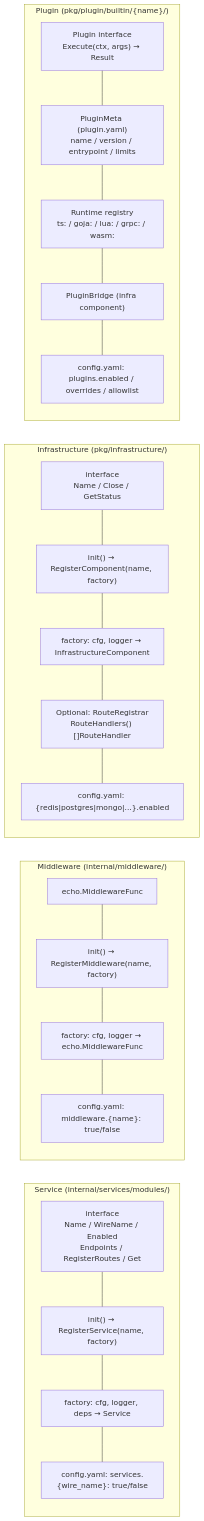
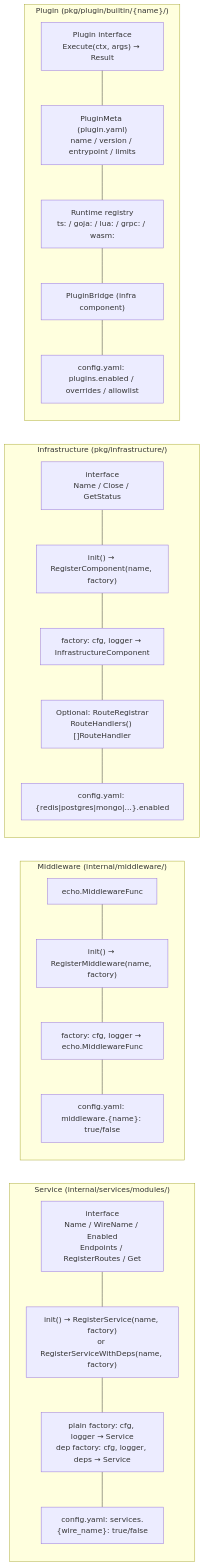
Before and after one commit to diameter-tscd/stackyrd: the third of 9 diagrams in DESIGN.md, drawn with Mermaid. The commit also changed other lines of this file and 57 other files, not shown here.

````diff
--- a/DESIGN.md
+++ b/DESIGN.md
@@ -106,37 +107,37 @@
 ```mermaid
 flowchart LR
     subgraph Service["Service (internal/services/modules/)"]
         S1["interface<br/>Name / WireName / Enabled<br/>Endpoints / RegisterRoutes / Get"]
-        S2["init() → RegisterService(name, factory)"]
-        S3["factory: cfg, logger, deps → Service"]
+        S2["init() → RegisterService(name, factory)<br/>or RegisterServiceWithDeps(name, factory)"]
+        S3["plain factory: cfg, logger → Service<br/>dep factory: cfg, logger, deps → Service"]
         S4["config.yaml: services.{wire_name}: true/false"]
     end
 
     subgraph Middleware["Middleware (internal/middleware/)"]
         M1["echo.MiddlewareFunc"]
         M2["init() → RegisterMiddleware(name, factory)"]
         M3["factory: cfg, logger → echo.MiddlewareFunc"]
         M4["config.yaml: middleware.{name}: true/false"]
     end
 
     subgraph Infra["Infrastructure (pkg/infrastructure/)"]
         I1["interface<br/>Name / Close / GetStatus"]
         I2["init() → RegisterComponent(name, factory)"]
         I3["factory: cfg, logger → InfrastructureComponent"]
         I4["Optional: RouteRegistrar<br/>RouteHandlers() []RouteHandler"]
         I5["config.yaml: {redis|postgres|mongo|...}.enabled"]
     end
 
     subgraph Plugin["Plugin (pkg/plugin/builtin/{name}/)"]
         P1["Plugin interface<br/>Execute(ctx, args) → Result"]
         P2["PluginMeta (plugin.yaml)<br/>name / version / entrypoint / limits"]
         P3["Runtime registry<br/>ts: / goja: / lua: / grpc: / wasm:"]
         P4["PluginBridge (infra component)"]
         P5["config.yaml: plugins.enabled / overrides / allowlist"]
     end
 
     S1 --- S2 --- S3 --- S4
     M1 --- M2 --- M3 --- M4
     I1 --- I2 --- I3 --- I4 --- I5
     P1 --- P2 --- P3 --- P4 --- P5
 ```
````
